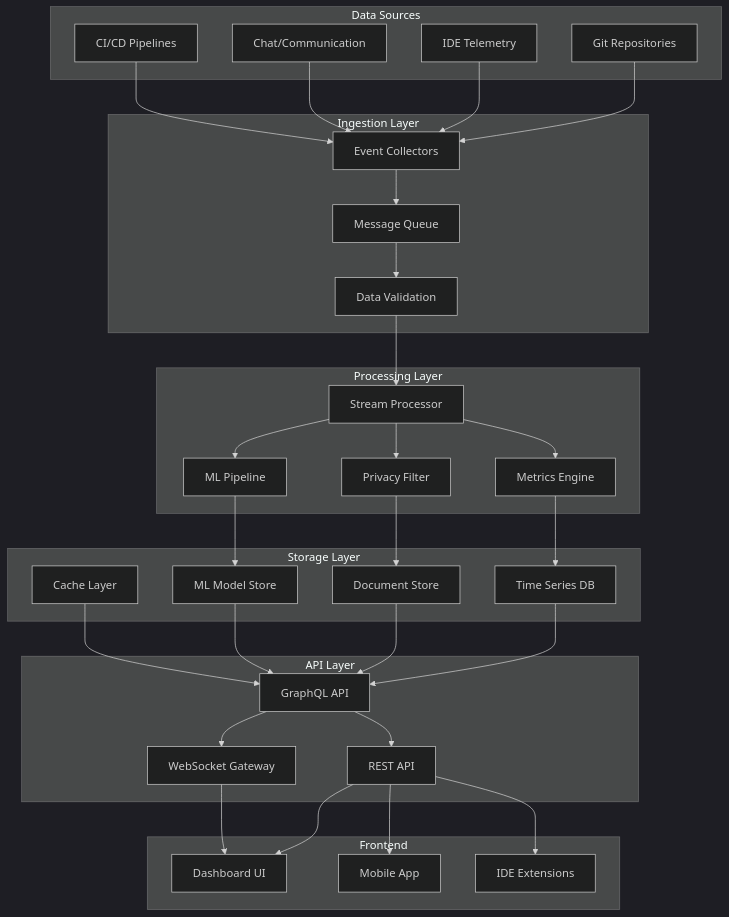
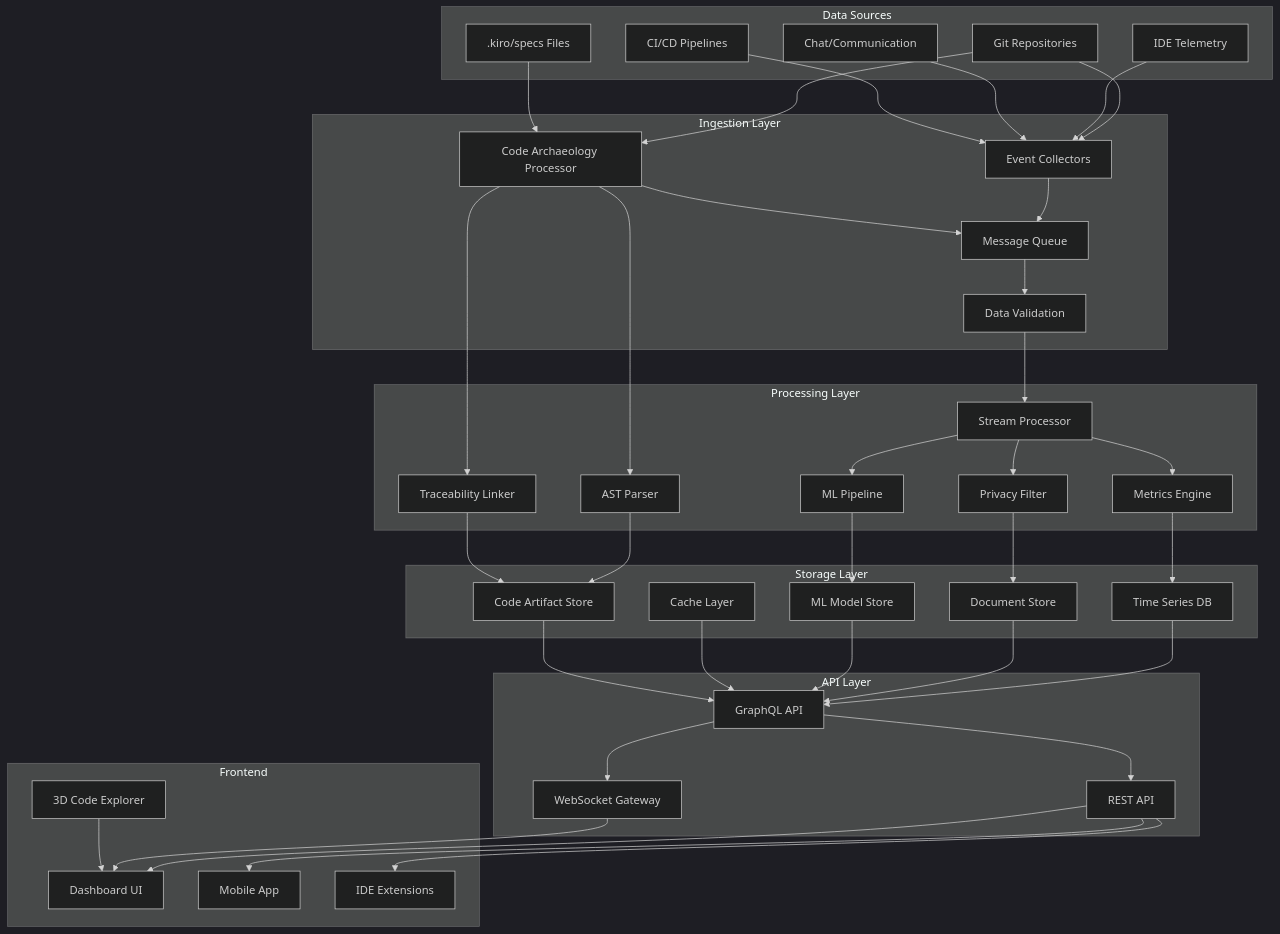
The first of 2 diagrams in .kiro/specs/developer-productivity-dashboard/design.md (bacoco/DevFlow), drawn with Mermaid (dark theme) before and after one commit. The commit also changed other lines of this file and 196 other files, not shown here.

````diff
--- a/.kiro/specs/developer-productivity-dashboard/design.md
+++ b/.kiro/specs/developer-productivity-dashboard/design.md
@@ -11,65 +11,80 @@
 ```mermaid
 graph TB
     subgraph "Data Sources"
         A[Git Repositories]
         B[IDE Telemetry]
         C[Chat/Communication]
         D[CI/CD Pipelines]
+        E[.kiro/specs Files]
     end
     
     subgraph "Ingestion Layer"
-        E[Event Collectors]
-        F[Message Queue]
-        G[Data Validation]
+        F[Event Collectors]
+        G[Message Queue]
+        H[Data Validation]
+        I[Code Archaeology Processor]
     end
     
     subgraph "Processing Layer"
-        H[Stream Processor]
-        I[ML Pipeline]
-        J[Metrics Engine]
-        K[Privacy Filter]
+        J[Stream Processor]
+        K[ML Pipeline]
+        L[Metrics Engine]
+        M[Privacy Filter]
+        N[AST Parser]
+        O[Traceability Linker]
     end
     
     subgraph "Storage Layer"
-        L[Time Series DB]
-        M[Document Store]
-        N[ML Model Store]
-        O[Cache Layer]
+        P[Time Series DB]
+        Q[Document Store]
+        R[ML Model Store]
+        S[Cache Layer]
+        T[Code Artifact Store]
     end
     
     subgraph "API Layer"
-        P[GraphQL API]
-        Q[REST API]
-        R[WebSocket Gateway]
+        U[GraphQL API]
+        V[REST API]
+        W[WebSocket Gateway]
     end
     
     subgraph "Frontend"
-        S[Dashboard UI]
-        T[Mobile App]
-        U[IDE Extensions]
+        X[Dashboard UI]
+        Y[Mobile App]
+        Z[IDE Extensions]
+        AA[3D Code Explorer]
     end
     
-    A --> E
-    B --> E
-    C --> E
-    D --> E
-    E --> F
+    A --> F
+    A --> I
+    B --> F
+    C --> F
+    D --> F
+    E --> I
     F --> G
+    I --> G
     G --> H
-    H --> I
     H --> J
-    H --> K
+    J --> K
+    J --> L
+    J --> M
     I --> N
-    J --> L
-    K --> M
+    I --> O
+    K --> R
     L --> P
-    M --> P
-    N --> P
-    O --> P
-    P --> Q
-    P --> R
-    Q --> S
-    R --> S
-    Q --> T
+    M --> Q
+    N --> T
+    O --> T
+    P --> U
     Q --> U
+    R --> U
+    S --> U
+    T --> U
+    U --> V
+    U --> W
+    V --> X
+    W --> X
+    V --> Y
+    V --> Z
+    AA --> X
 ```
````
